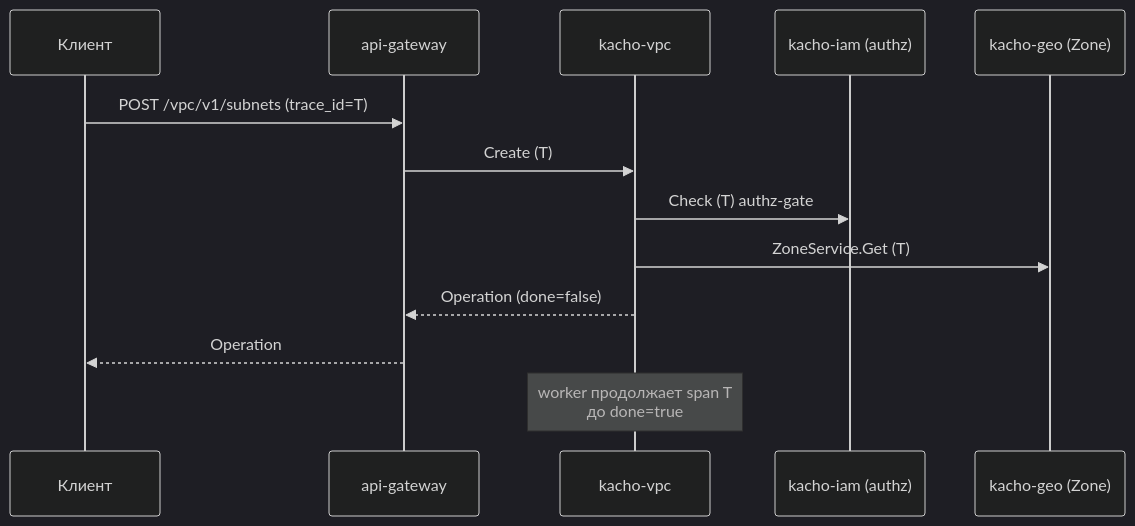
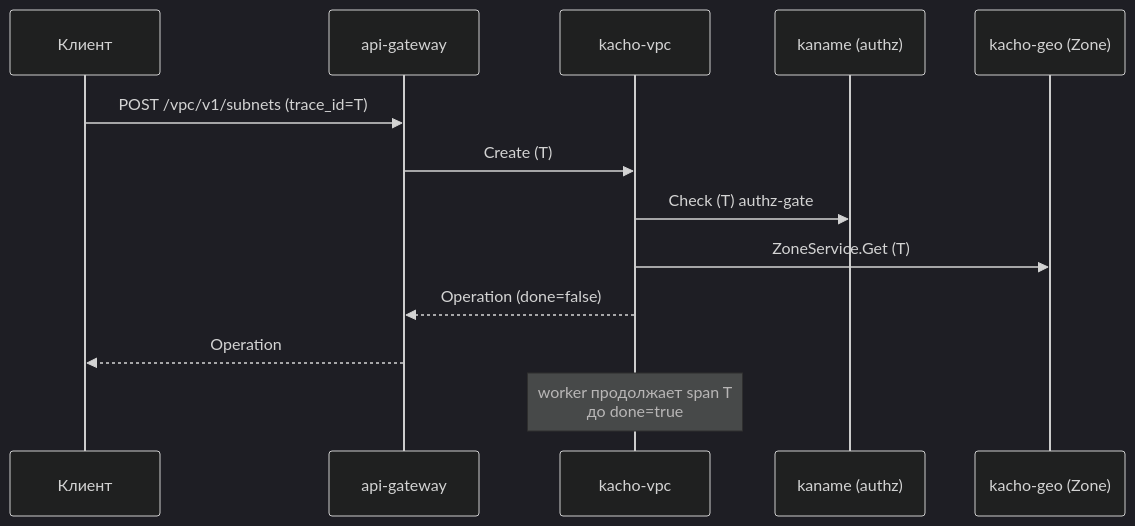
The second of 2 diagrams in services/vpc/docs/content/advanced/observability.mdx (PRO-Robotech/kacho), drawn with Mermaid (dark theme) before and after one commit. The commit also changed other lines of this file and 5005 other files, not shown here.

````diff
--- a/services/vpc/docs/content/advanced/observability.mdx
+++ b/services/vpc/docs/content/advanced/observability.mdx
@@ -184,16 +184,16 @@
 ```mermaid
 sequenceDiagram
   participant C as Клиент
   participant GW as api-gateway
   participant VPC as kacho-vpc
-  participant IAM as kacho-iam (authz)
+  participant IAM as kaname (authz)
   participant GEO as kacho-geo (Zone)
 
   C->>GW: POST /vpc/v1/subnets (trace_id=T)
   GW->>VPC: Create (T)
   VPC->>IAM: Check (T) authz-gate
   VPC->>GEO: ZoneService.Get (T)
   VPC-->>GW: Operation (done=false)
   GW-->>C: Operation
   Note over VPC: worker продолжает span T<br/>до done=true
 ```
````
